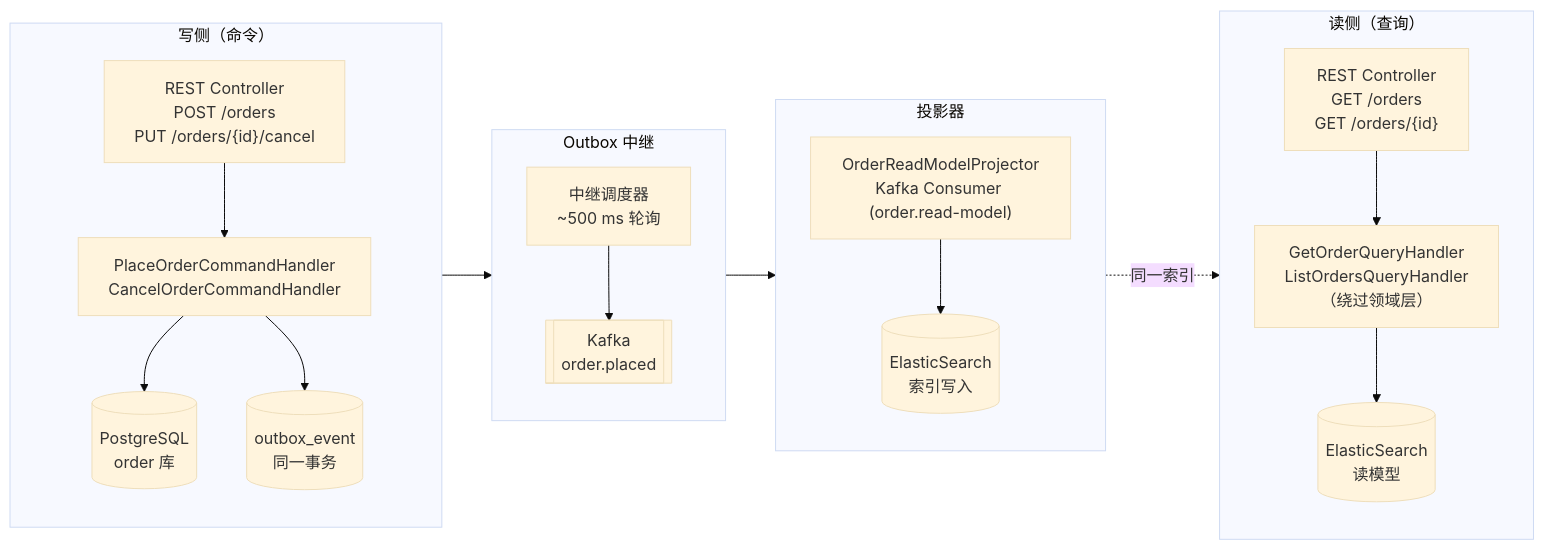
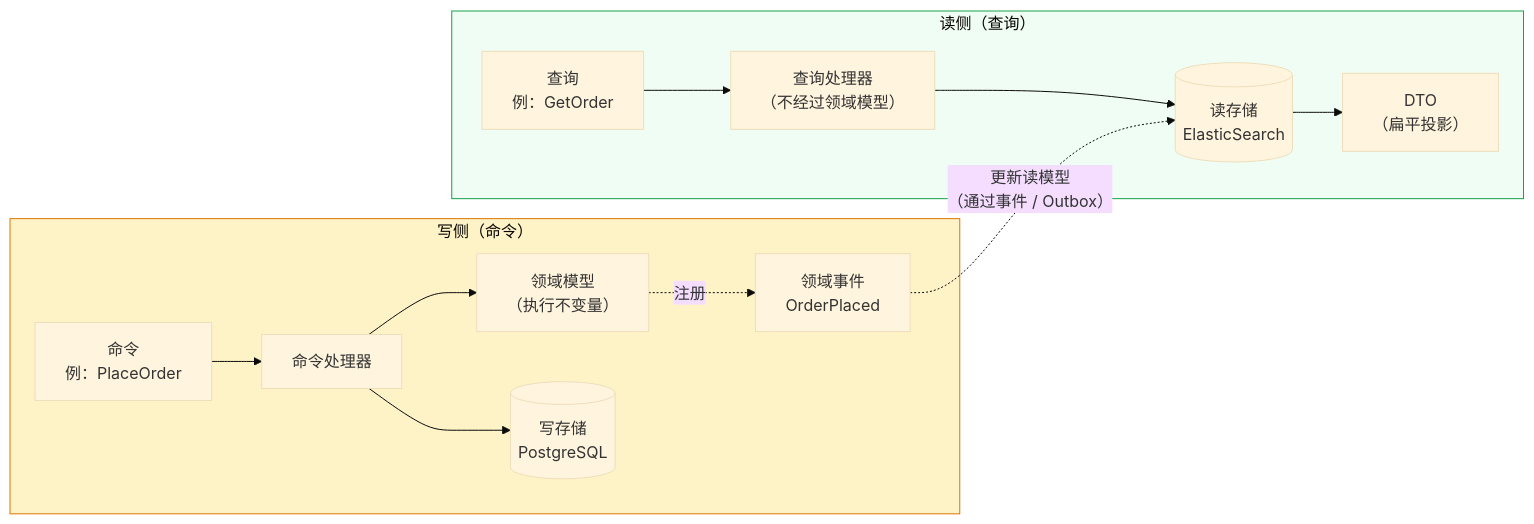
One commit to ansonli-dev/explicit-architecture changed the fifth of 7 diagrams in README-zh.md. Above: the diagram before and after it, drawn with Mermaid (base theme). The commit also changed other lines of this file and 22 other files, not shown here.

First line of the commit message:
docs: add bilingual documentation and rewrite README as architecture guide

````diff
--- a/README-zh.md
+++ b/README-zh.md
@@ -129,41 +160,28 @@
 ```mermaid
-flowchart LR
-    subgraph WS["写侧（命令）"]
-        direction TB
-        CMD["REST Controller\nPOST /orders\nPUT /orders/{id}/cancel"]
-        APPSVC["PlaceOrderCommandHandler\nCancelOrderCommandHandler"]
-        PG[("PostgreSQL\norder 库")]
-        OB[("outbox_event\n同一事务")]
+graph LR
+    subgraph WRITE["写侧（命令）"]
+        CMD["命令\n例：PlaceOrder"]
+        CH["命令处理器"]
+        DOM["领域模型\n（执行不变量）"]
+        WDB[("写存储\nPostgreSQL")]
+        EVT["领域事件\nOrderPlaced"]
 
-        CMD --> APPSVC
-        APPSVC --> PG
-        APPSVC --> OB
+        CMD --> CH --> DOM
+        CH  --> WDB
+        DOM -.->|注册| EVT
     end
 
-    subgraph RELAY["Outbox 中继"]
-        direction TB
-        SCH["中继调度器\n~500 ms 轮询"]
-        KF[["Kafka\norder.placed"]]
+    subgraph READ["读侧（查询）"]
+        QRY["查询\n例：GetOrder"]
+        QH["查询处理器\n（不经过领域模型）"]
+        RDB[("读存储\nElasticSearch")]
+        DTO["DTO\n（扁平投影）"]
 
-        OB --> SCH --> KF
+        QRY --> QH --> RDB --> DTO
     end
 
-    subgraph PROJ["投影器"]
-        direction TB
-        PRJ["OrderReadModelProjector\nKafka Consumer (order.read-model)"]
-        ESW[("ElasticSearch\n索引写入")]
+    EVT -.->|"更新读模型\n（通过事件 / Outbox）"| RDB
 
-        KF --> PRJ --> ESW
-    end
-
-    subgraph RS["读侧（查询）"]
-        direction TB
-        QRY["REST Controller\nGET /orders\nGET /orders/{id}"]
-        QSVC["GetOrderQueryHandler\nListOrdersQueryHandler\n（绕过领域层）"]
-        ESR[("ElasticSearch\n读模型")]
-
-        QRY --> QSVC --> ESR
-    end
-
-    ESW -. "同一索引" .-> ESR
+    style WRITE fill:#fef3c7,stroke:#d97706
+    style READ  fill:#f0fdf4,stroke:#16a34a
 ```
````
